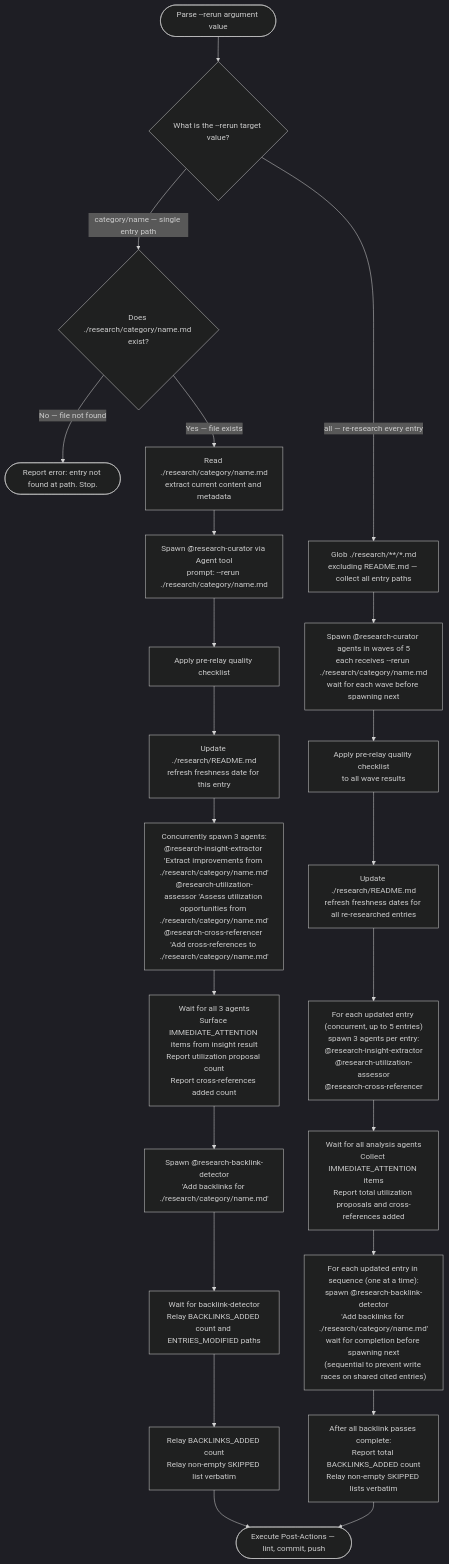
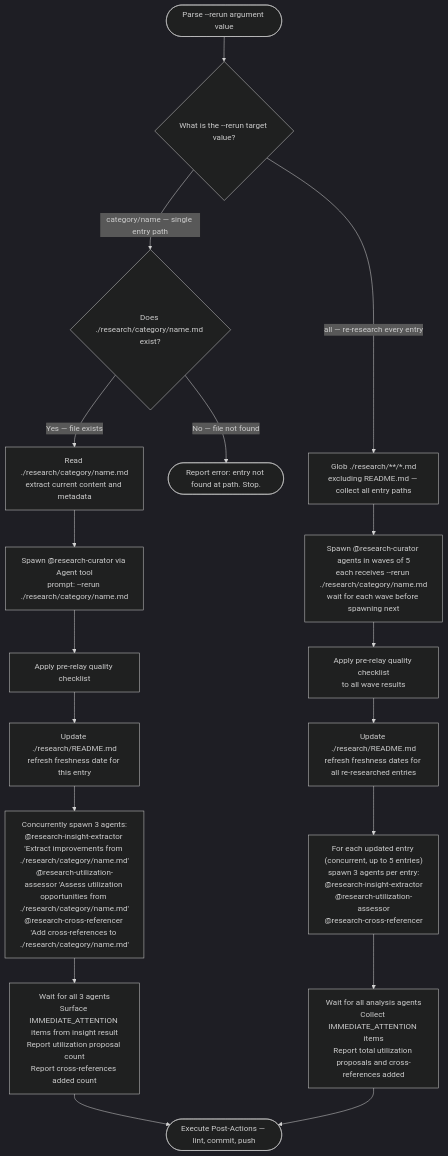
Before and after one commit to Jamie-BitFlight/claude_skills: the second of 3 diagrams in .claude/skills/research-curator/SKILL.md, drawn with Mermaid (dark theme). The commit also changed other lines of this file and 31 other files, not shown here.

````diff
--- a/.claude/skills/research-curator/SKILL.md
+++ b/.claude/skills/research-curator/SKILL.md
@@ -303,25 +220,20 @@
 ```mermaid
 flowchart TD
     Start(["Parse --rerun argument value"]) --> Q{"What is the --rerun target value?"}
     Q -->|"category/name — single entry path"| VerifyFile{"Does ./research/category/name.md exist?"}
     Q -->|"all — re-research every entry"| FindAll["Glob ./research/**/*.md<br>excluding README.md — collect all entry paths"]
     VerifyFile -->|"No — file not found"| Missing(["Report error: entry not found at path. Stop."])
     VerifyFile -->|"Yes — file exists"| ReadFile["Read ./research/category/name.md<br>extract current content and metadata"]
     ReadFile --> Spawn1["Spawn @research-curator via Agent tool<br>prompt: --rerun ./research/category/name.md"]
     Spawn1 --> RelayCheck1["Apply pre-relay quality checklist"]
     RelayCheck1 --> UpdateDate["Update ./research/README.md<br>refresh freshness date for this entry"]
     FindAll --> WaveSpawn["Spawn @research-curator agents in waves of 5<br>each receives --rerun ./research/category/name.md<br>wait for each wave before spawning next"]
     WaveSpawn --> RelayCheck2["Apply pre-relay quality checklist<br>to all wave results"]
     RelayCheck2 --> UpdateDates["Update ./research/README.md<br>refresh freshness dates for all re-researched entries"]
     UpdateDate --> SpawnAnalysis1["Concurrently spawn 3 agents:<br>@research-insight-extractor 'Extract improvements from ./research/category/name.md'<br>@research-utilization-assessor 'Assess utilization opportunities from ./research/category/name.md'<br>@research-cross-referencer 'Add cross-references to ./research/category/name.md'"]
     SpawnAnalysis1 --> WaitAnalysis1["Wait for all 3 agents<br>Surface IMMEDIATE_ATTENTION items from insight result<br>Report utilization proposal count<br>Report cross-references added count"]
-    WaitAnalysis1 --> SpawnBacklinks1["Spawn @research-backlink-detector<br>'Add backlinks for ./research/category/name.md'"]
-    SpawnBacklinks1 --> WaitBacklinks1["Wait for backlink-detector<br>Relay BACKLINKS_ADDED count and ENTRIES_MODIFIED paths"]
-    WaitBacklinks1 --> RelayBacklinks1["Relay BACKLINKS_ADDED count<br>Relay non-empty SKIPPED list verbatim"]
-    RelayBacklinks1 --> PostActions(["Execute Post-Actions — lint, commit, push"])
+    WaitAnalysis1 --> PostActions(["Execute Post-Actions — lint, commit, push"])
     UpdateDates --> SpawnAnalysisN["For each updated entry (concurrent, up to 5 entries)<br>spawn 3 agents per entry:<br>@research-insight-extractor<br>@research-utilization-assessor<br>@research-cross-referencer"]
     SpawnAnalysisN --> WaitAnalysisN["Wait for all analysis agents<br>Collect IMMEDIATE_ATTENTION items<br>Report total utilization proposals and cross-references added"]
-    WaitAnalysisN --> SpawnBacklinksN["For each updated entry in sequence (one at a time):<br>spawn @research-backlink-detector<br>'Add backlinks for ./research/category/name.md'<br>wait for completion before spawning next<br>(sequential to prevent write races on shared cited entries)"]
-    SpawnBacklinksN --> WaitBacklinksN["After all backlink passes complete:<br>Report total BACKLINKS_ADDED count<br>Relay non-empty SKIPPED lists verbatim"]
-    WaitBacklinksN --> PostActions
+    WaitAnalysisN --> PostActions
 ```
````
